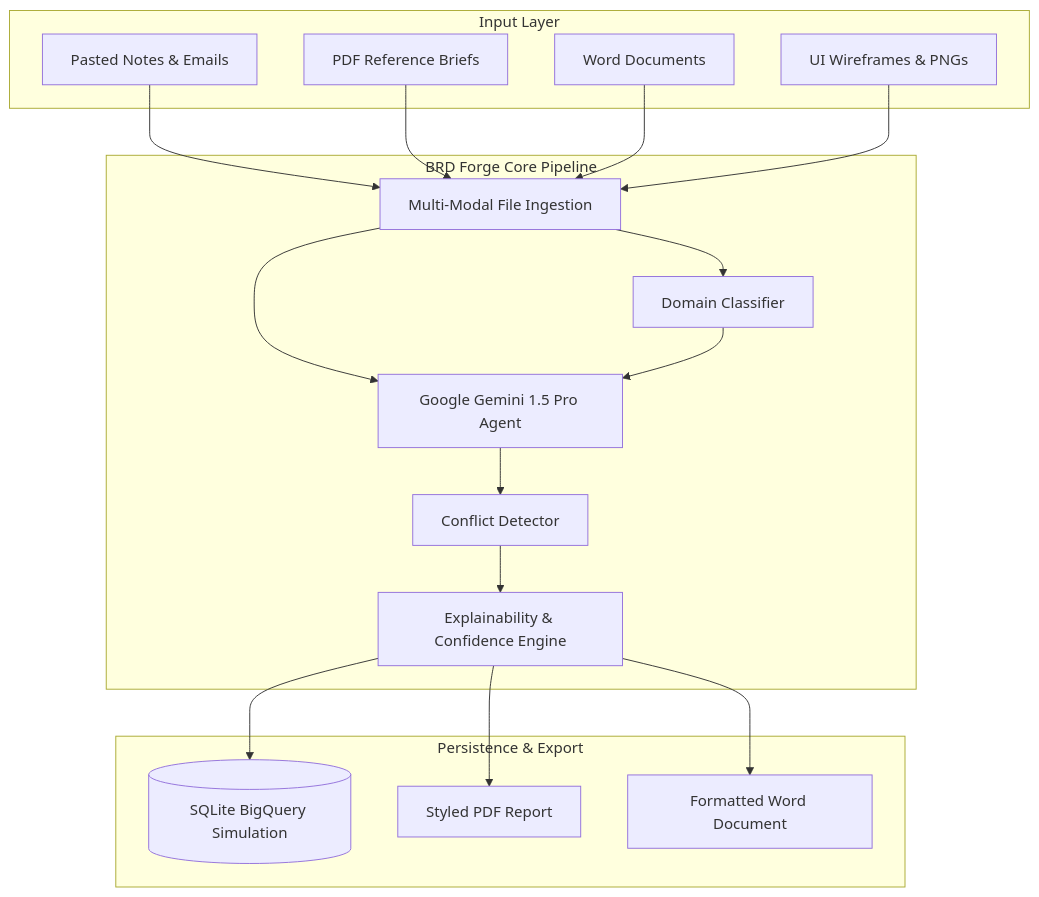
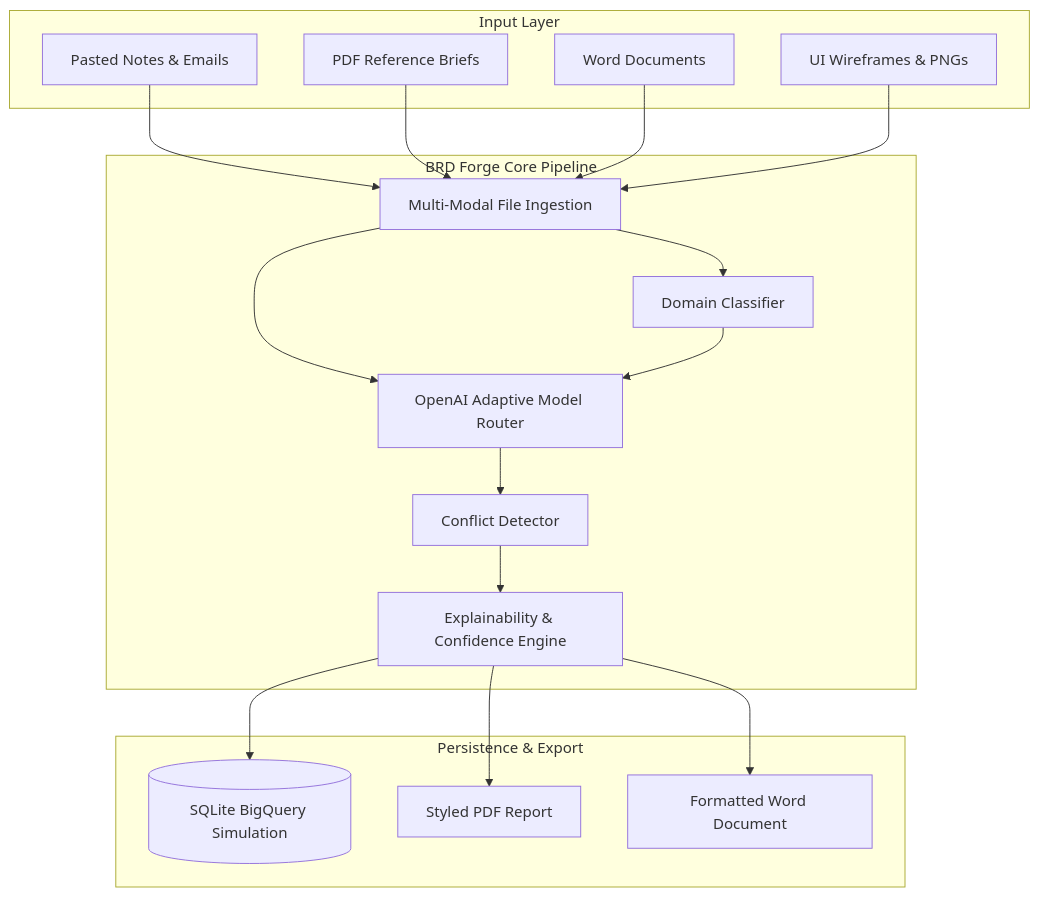
Before and after one commit to mukulpythondev/brdagent: the diagram in README.md, drawn with Mermaid. The commit also changed other lines of this file and 18 other files, not shown here.

Commit message:
Add adaptive OpenAI BRD generation demo

````diff
--- a/README.md
+++ b/README.md
@@ -12,33 +12,33 @@
 ```mermaid
 flowchart TD
     subgraph InputLayer["Input Layer"]
         Text[Pasted Notes & Emails]
         PDF[PDF Reference Briefs]
         Docx[Word Documents]
         Image[UI Wireframes & PNGs]
     end
 
     subgraph CorePipeline["BRD Forge Core Pipeline"]
         Ingest[Multi-Modal File Ingestion]
         Classifier[Domain Classifier]
-        Gemini[Google Gemini 1.5 Pro Agent]
+        AI[OpenAI Adaptive Model Router]
         Conflict[Conflict Detector]
         Explain[Explainability & Confidence Engine]
     end
 
     subgraph DatabaseExport["Persistence & Export"]
         DB[(SQLite BigQuery Simulation)]
         ExportPDF[Styled PDF Report]
         ExportWord[Formatted Word Document]
     end
 
     Text & PDF & Docx & Image --> Ingest
     Ingest --> Classifier
-    Ingest --> Gemini
-    Classifier --> Gemini
-    Gemini --> Conflict
+    Ingest --> AI
+    Classifier --> AI
+    AI --> Conflict
     Conflict --> Explain
     Explain --> DB
     Explain --> ExportPDF
     Explain --> ExportWord
 ```
````
